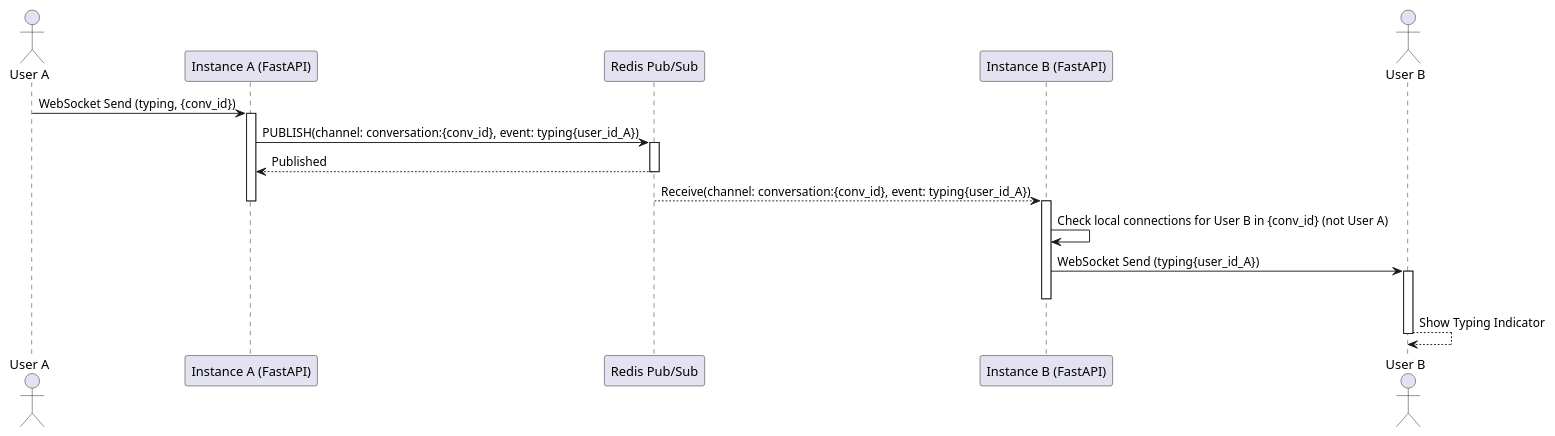
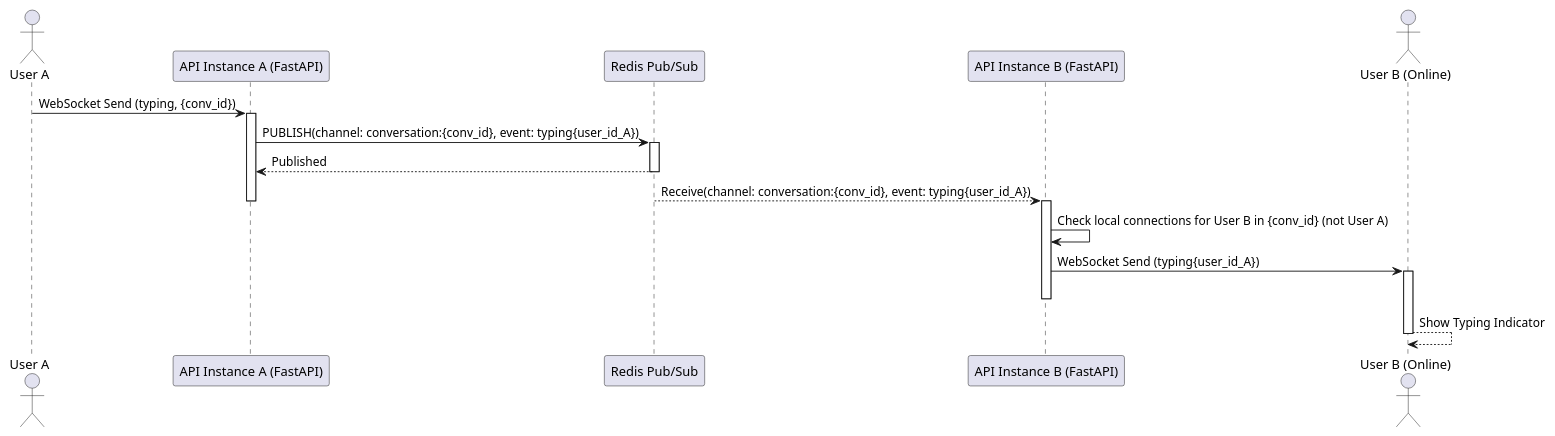
The diagram in chat_management/docs/typing_flow.puml (Software-Architecture-HCMUT-242/zalo-phake), drawn with PlantUML before and after one commit. The commit also changed 11 other files, not shown here.

Commit message:
Refactor message handling to implement new message flow architecture; enhance offline notification processing with SQS and Redis integration

```diff
--- a/chat_management/docs/typing_flow.puml
+++ b/chat_management/docs/typing_flow.puml
@@ -1,24 +1,24 @@
 @startuml Typing Indicator Flow
 actor "User A" as UserA
-participant "Instance A (FastAPI)" as InstA
+participant "API Instance A (FastAPI)" as InstA
 participant "Redis Pub/Sub" as Redis
-participant "Instance B (FastAPI)" as InstB
-actor "User B" as UserB
+participant "API Instance B (FastAPI)" as InstB
+actor "User B (Online)" as UserB
 
 UserA -> InstA : WebSocket Send (typing, {conv_id})
 activate InstA
 InstA -> Redis : PUBLISH(channel: conversation:{conv_id}, event: typing{user_id_A})
 activate Redis
 Redis --> InstA : Published
 deactivate Redis
 Redis --> InstB : Receive(channel: conversation:{conv_id}, event: typing{user_id_A})
 deactivate InstA
 activate InstB
 InstB -> InstB : Check local connections for User B in {conv_id} (not User A)
 InstB -> UserB : WebSocket Send (typing{user_id_A})
 activate UserB
 deactivate InstB
 UserB --> UserB : Show Typing Indicator
 deactivate UserB
 
 @enduml
```
